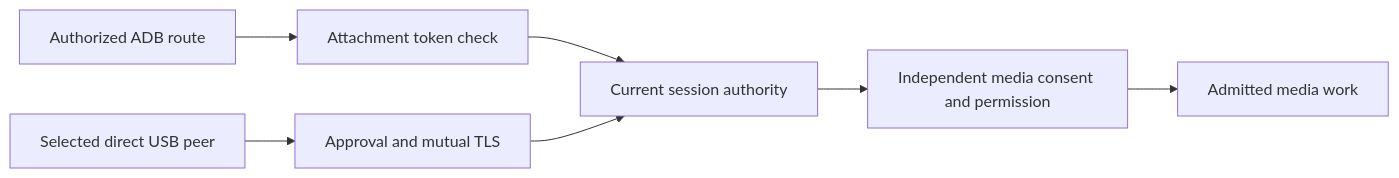
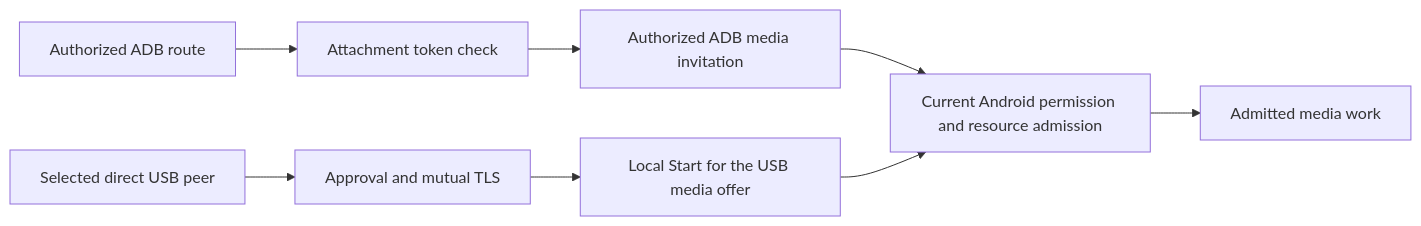
Before and after one commit to geraldo-netto/blent: the diagram in SECURITY.md, drawn with Mermaid. The commit also changed other lines of this file and 5 other files, not shown here.

Commit message:
docs: clarify ADB media consent (T1406)

````diff
--- a/SECURITY.md
+++ b/SECURITY.md
@@ -16,9 +16,10 @@
 ```mermaid
 flowchart LR
     ADB[Authorized ADB route] --> Token[Attachment token check]
     USB[Selected direct USB peer] --> Pair[Approval and mutual TLS]
-    Token --> Session[Current session authority]
-    Pair --> Session
-    Session --> Consent[Independent media consent and permission]
-    Consent --> Media[Admitted media work]
+    Token --> A[Authorized ADB media invitation]
+    Pair --> U[Local Start for the USB media offer]
+    A --> Permission[Current Android permission and resource admission]
+    U --> Permission
+    Permission --> Media[Admitted media work]
 ```
````
